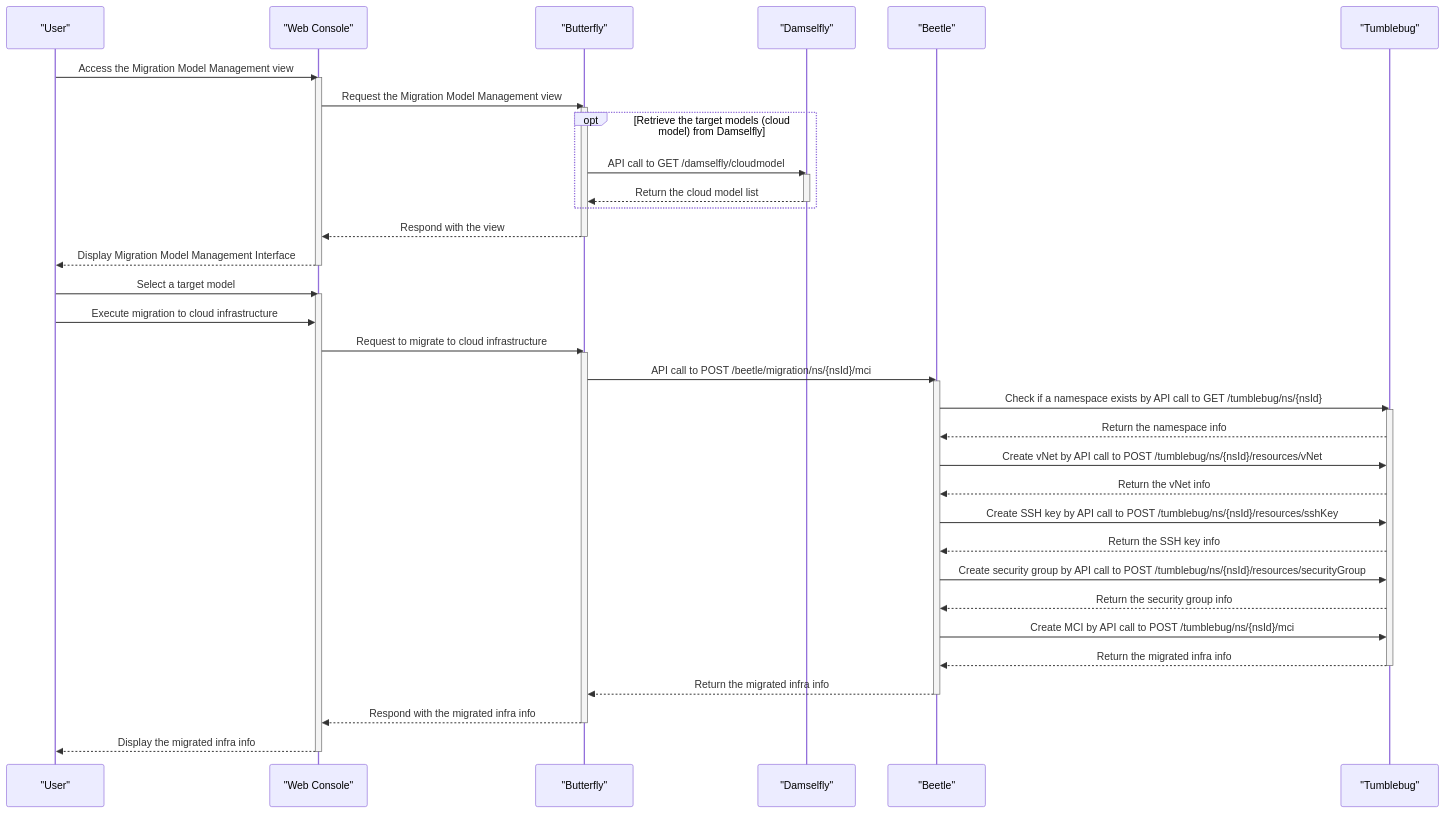
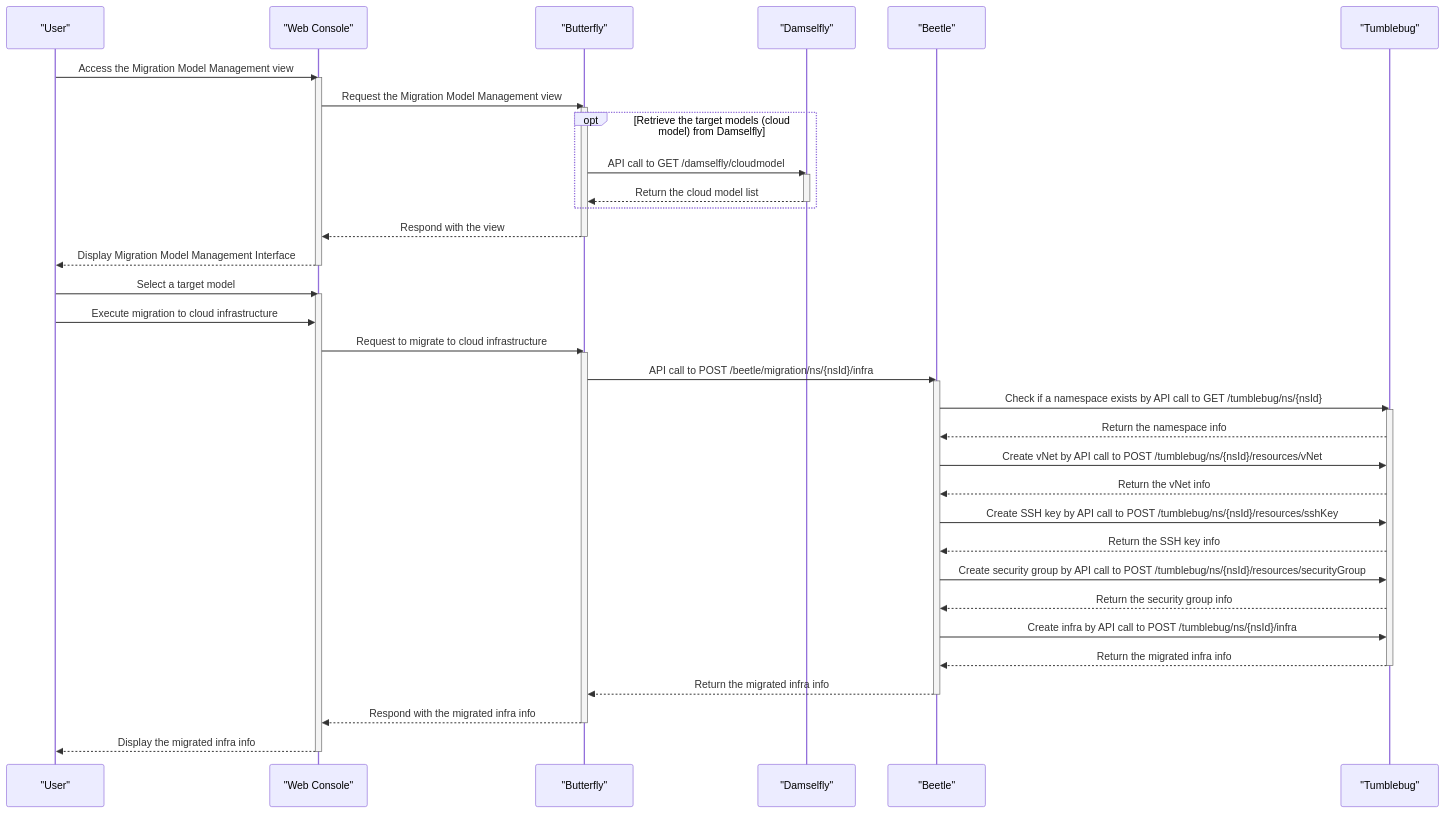
The ninth of 12 diagrams in docs/v0.6.0-user-scenario-for-computing-infra-migration.md (cloud-barista/cloud-migrator), drawn with Mermaid before and after one commit. The commit also changed other lines of this file and 2 other files, not shown here.

Commit message:
update(docs): reflect naming convention changes and infra mig secnario

````diff
--- a/docs/v0.6.0-user-scenario-for-computing-infra-migration.md
+++ b/docs/v0.6.0-user-scenario-for-computing-infra-migration.md
@@ -551,53 +562,53 @@
 ```mermaid
 sequenceDiagram
     participant User as "User"
     participant Browser as "Web Console"
     participant Butterfly as "Butterfly"
     participant Damselfly as "Damselfly"
     participant Beetle as "Beetle"
     participant Tumblebug as "Tumblebug"
 
 	%% Step 0: User accesses Migration Model Management View
     User->>Browser: Access the Migration Model Management view
     activate Browser
     Browser->>Butterfly: Request the Migration Model Management view
     activate Butterfly
     opt Retrieve the target models (cloud model) from Damselfly
         Butterfly->>Damselfly: API call to GET /damselfly/cloudmodel
         activate Damselfly
         Damselfly-->>Butterfly: Return the cloud model list
         deactivate Damselfly
     end
     Butterfly-->>Browser: Respond with the view
     deactivate Butterfly
     Browser-->>User: Display Migration Model Management Interface
     deactivate Browser
 
     %% Select a target model (cloud model)
     User->>Browser: Select a target model
     activate Browser
     User->>Browser: Execute migration to cloud infrastructure
     Browser->>Butterfly: Request to migrate to cloud infrastructure
     activate Butterfly
-    Butterfly->>Beetle: API call to POST /beetle/migration/ns/{nsId}/mci
+    Butterfly->>Beetle: API call to POST /beetle/migration/ns/{nsId}/infra
     activate Beetle
     Beetle->>Tumblebug: Check if a namespace exists by API call to GET /tumblebug/ns/{nsId}
     activate Tumblebug
     Tumblebug-->>Beetle: Return the namespace info
     Beetle->>Tumblebug: Create vNet by API call to POST /tumblebug/ns/{nsId}/resources/vNet
     Tumblebug-->>Beetle: Return the vNet info
     Beetle->>Tumblebug: Create SSH key by API call to POST /tumblebug/ns/{nsId}/resources/sshKey
     Tumblebug-->>Beetle: Return the SSH key info
     Beetle->>Tumblebug: Create security group by API call to POST /tumblebug/ns/{nsId}/resources/securityGroup
     Tumblebug-->>Beetle: Return the security group info
-    Beetle->>Tumblebug: Create MCI by API call to POST /tumblebug/ns/{nsId}/mci
+    Beetle->>Tumblebug: Create infra by API call to POST /tumblebug/ns/{nsId}/infra
     Tumblebug-->>Beetle: Return the migrated infra info
     deactivate Tumblebug
     Beetle-->>Butterfly: Return the migrated infra info
     deactivate Beetle
     Butterfly-->>Browser: Respond with the migrated infra info
     deactivate Butterfly
     Browser-->>User: Display the migrated infra info
     deactivate Browser
 
 ```
````
